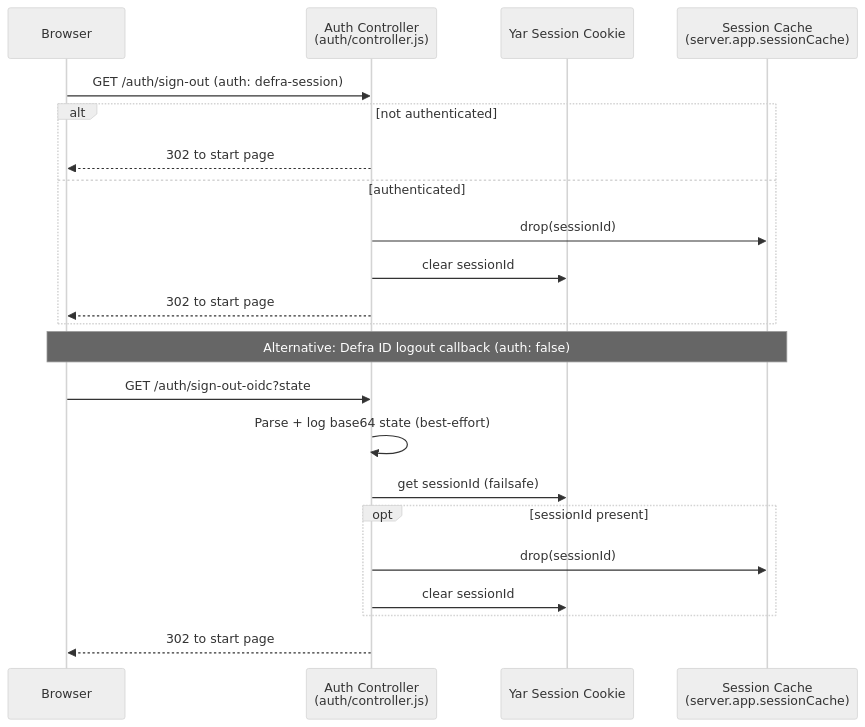
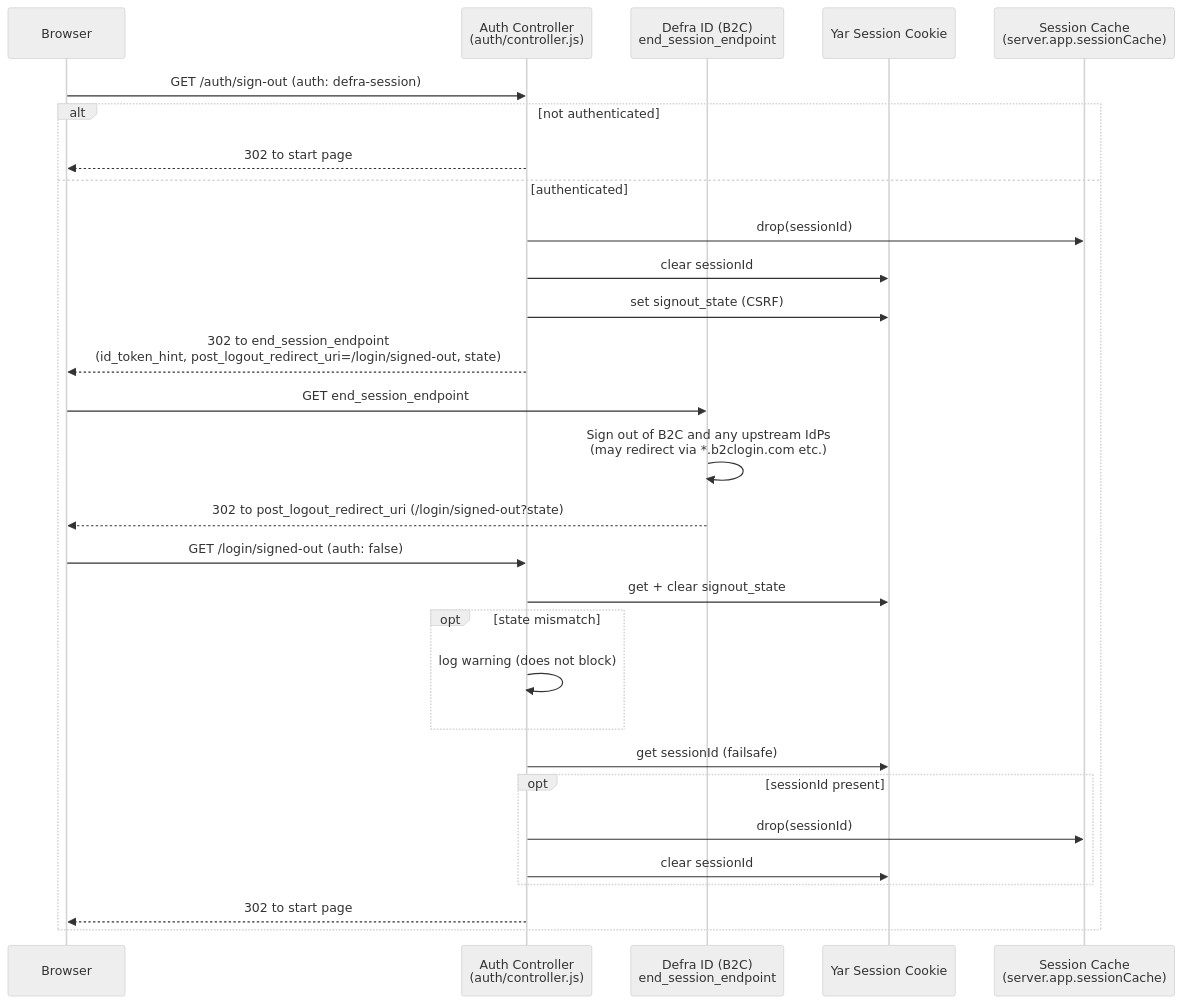
One commit to DEFRA/nrf-solution changed the diagram in docs/features/authentication/defra-id/sign-out-flow.mermaid. Above: the diagram before and after it, drawn with Mermaid (neutral theme). The commit also changed 9 other files, not shown here.

First line of the commit message:
Run tilt on port 3000 and use real defra ID; document signout (#44)

```diff
--- a/docs/features/authentication/defra-id/sign-out-flow.mermaid
+++ b/docs/features/authentication/defra-id/sign-out-flow.mermaid
@@ -1,27 +1,32 @@
 sequenceDiagram
     participant Browser
     participant Ctrl as Auth Controller<br/>(auth/controller.js)
+    participant DefraId as Defra ID (B2C)<br/>end_session_endpoint
     participant Yar as Yar Session Cookie
     participant Cache as Session Cache<br/>(server.app.sessionCache)
 
-    %% User-initiated sign out (requires active session)
+    %% User clicks the "Sign out" link on the profile page
     Browser->>Ctrl: GET /auth/sign-out  (auth: defra-session)
     alt not authenticated
         Ctrl-->>Browser: 302 to start page
     else authenticated
         Ctrl->>Cache: drop(sessionId)
         Ctrl->>Yar: clear sessionId
+        Ctrl->>Yar: set signout_state (CSRF)
+        Ctrl-->>Browser: 302 to end_session_endpoint<br/>(id_token_hint, post_logout_redirect_uri=/login/signed-out, state)
+        Browser->>DefraId: GET end_session_endpoint
+        DefraId->>DefraId: Sign out of B2C and any upstream IdPs<br/>(may redirect via *.b2clogin.com etc.)
+        DefraId-->>Browser: 302 to post_logout_redirect_uri (/login/signed-out?state)
+
+        Browser->>Ctrl: GET /login/signed-out  (auth: false)
+        Ctrl->>Yar: get + clear signout_state
+        opt state mismatch
+            Ctrl->>Ctrl: log warning (does not block)
+        end
+        Ctrl->>Yar: get sessionId (failsafe)
+        opt sessionId present
+            Ctrl->>Cache: drop(sessionId)
+            Ctrl->>Yar: clear sessionId
+        end
         Ctrl-->>Browser: 302 to start page
     end
-
-    Note over Browser,Cache: Alternative: Defra ID logout callback (auth: false)
-
-    %% OIDC sign-out callback
-    Browser->>Ctrl: GET /auth/sign-out-oidc?state
-    Ctrl->>Ctrl: Parse + log base64 state (best-effort)
-    Ctrl->>Yar: get sessionId (failsafe)
-    opt sessionId present
-        Ctrl->>Cache: drop(sessionId)
-        Ctrl->>Yar: clear sessionId
-    end
-    Ctrl-->>Browser: 302 to start page
```
